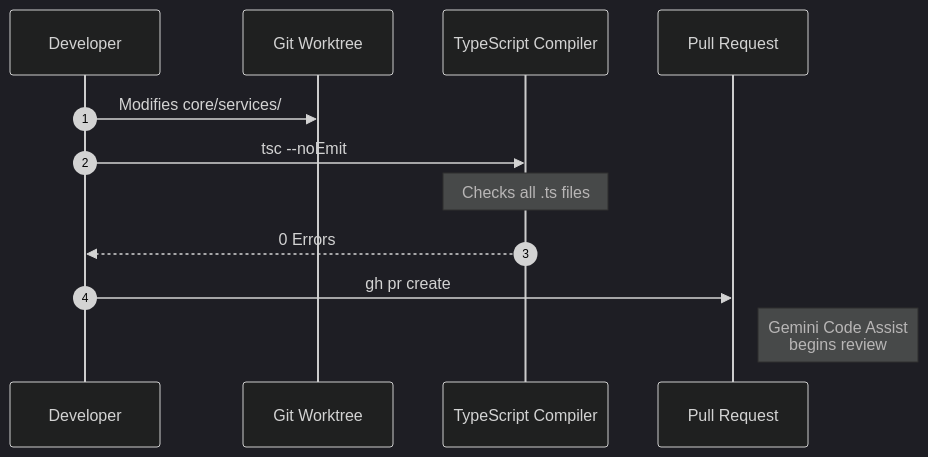
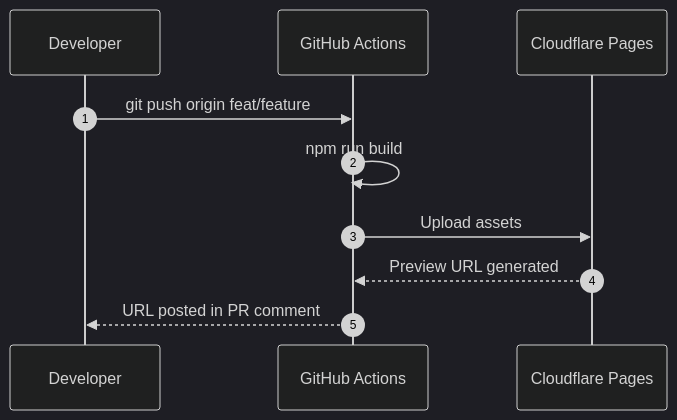
The second of 2 diagrams in wiki-site/docs/getting-started/local-development.md (bbanho/intraclinica-supabase), drawn with Mermaid before and after one commit. The commit also changed other lines of this file and 13 other files, not shown here.

First line of the commit message:
docs(wiki): sync all docs to post-IAM architecture state

````diff
--- a/wiki-site/docs/getting-started/local-development.md
+++ b/wiki-site/docs/getting-started/local-development.md
@@ -53,16 +90,14 @@
 ```mermaid
 %%{init: {'theme': 'dark', 'themeVariables': { 'primaryColor': '#2d333b', 'primaryBorderColor': '#6d5dfc', 'primaryTextColor': '#e6edf3', 'lineColor': '#8b949e', 'background': '#161b22' }}}%%
 sequenceDiagram
     autonumber
     participant Dev as Developer
-    participant Git as Git Worktree
-    participant TSC as TypeScript Compiler
-    participant PR as Pull Request
-
-    Dev->>Git: Modifies core/services/
-    Dev->>TSC: tsc --noEmit
-    Note over TSC: Checks all .ts files
-    TSC-->>Dev: 0 Errors
-    Dev->>PR: gh pr create
-    Note right of PR: Gemini Code Assist<br>begins review
+    participant GH as GitHub Actions
+    participant CF as Cloudflare Pages
+    
+    Dev->>GH: git push origin feat/feature
+    GH->>GH: npm run build
+    GH->>CF: Upload assets
+    CF-->>GH: Preview URL generated
+    GH-->>Dev: URL posted in PR comment
 ```
````
